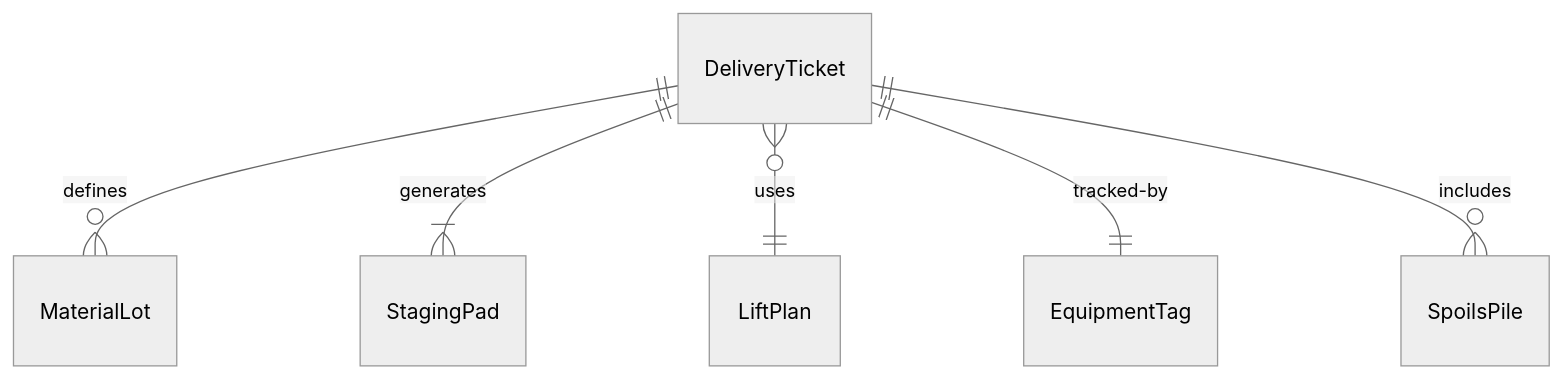
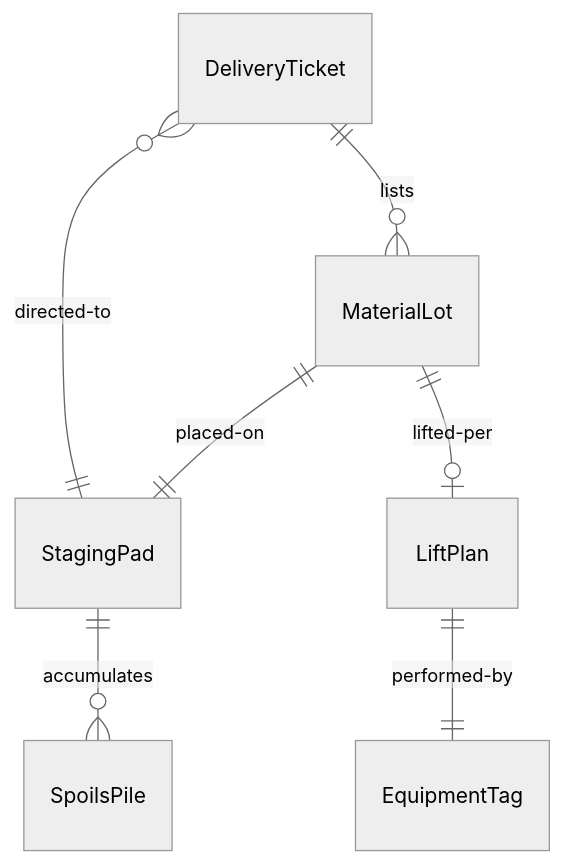
The first of 4 diagrams in HandlingAndMovingObjects/HandleBaggageOrCargo/LoadUnloadMaterials.mdx (dot-org-ai/tasks.org.ai), drawn with Mermaid (neutral theme) before and after one commit. The commit also changed other lines of this file and 515 other files, not shown here.

````diff
--- a/HandlingAndMovingObjects/HandleBaggageOrCargo/LoadUnloadMaterials.mdx
+++ b/HandlingAndMovingObjects/HandleBaggageOrCargo/LoadUnloadMaterials.mdx
@@ -88,8 +88,9 @@
 ```mermaid
 erDiagram
-    DeliveryTicket ||--o{ MaterialLot : "defines"
-    DeliveryTicket ||--|{ StagingPad : "generates"
-    DeliveryTicket }o--|| LiftPlan : "uses"
-    DeliveryTicket ||--|| EquipmentTag : "tracked-by"
-    DeliveryTicket ||--o{ SpoilsPile : "includes"
+    DeliveryTicket ||--o{ MaterialLot : "lists"
+    MaterialLot ||--|| StagingPad : "placed-on"
+    MaterialLot ||--o| LiftPlan : "lifted-per"
+    LiftPlan ||--|| EquipmentTag : "performed-by"
+    StagingPad ||--o{ SpoilsPile : "accumulates"
+    DeliveryTicket }o--|| StagingPad : "directed-to"
 ```
````
